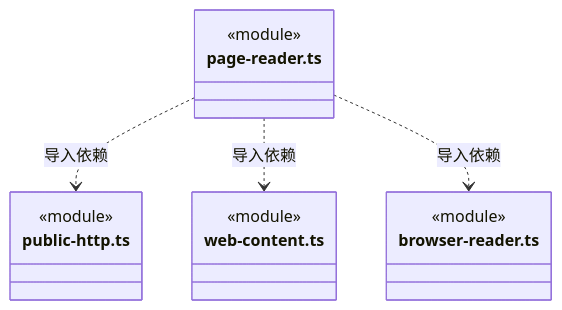
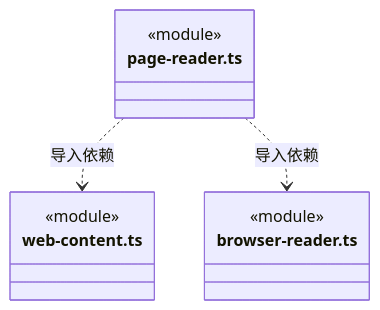
Diagram 15 of 15 in src/foundations/web/ARCHITECTURE.md (nan023062/cbim), drawn with Mermaid before and after one commit. The commit also changed other lines of this file and 33 other files, not shown here.

````diff
--- a/src/foundations/web/ARCHITECTURE.md
+++ b/src/foundations/web/ARCHITECTURE.md
@@ -237,18 +288,14 @@
 ```mermaid
 classDiagram
 class N_src_foundations_web_page_reader_ts["page-reader.ts"] {
-  <<module>>
-}
-class N_src_foundations_web_public_http_ts["public-http.ts"] {
   <<module>>
 }
 class N_src_foundations_web_web_content_ts["web-content.ts"] {
   <<module>>
 }
 class N_src_foundations_web_browser_reader_ts["browser-reader.ts"] {
   <<module>>
 }
-N_src_foundations_web_page_reader_ts ..> N_src_foundations_web_public_http_ts : 导入依赖
 N_src_foundations_web_page_reader_ts ..> N_src_foundations_web_web_content_ts : 导入依赖
 N_src_foundations_web_page_reader_ts ..> N_src_foundations_web_browser_reader_ts : 导入依赖
 ```
````
